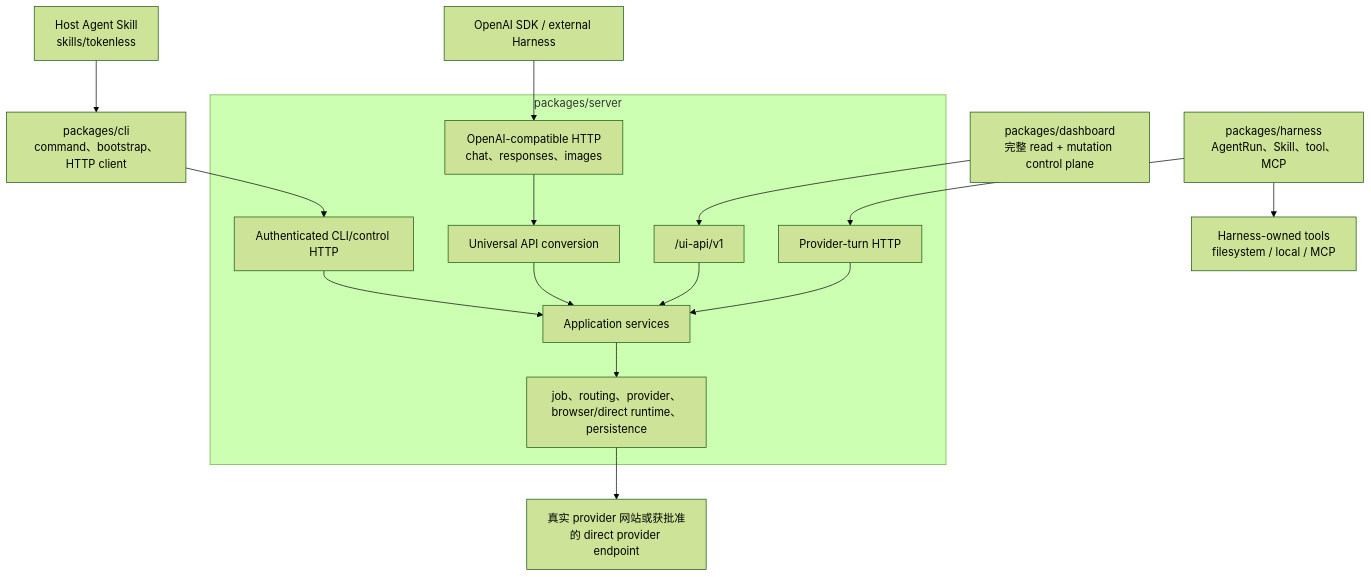
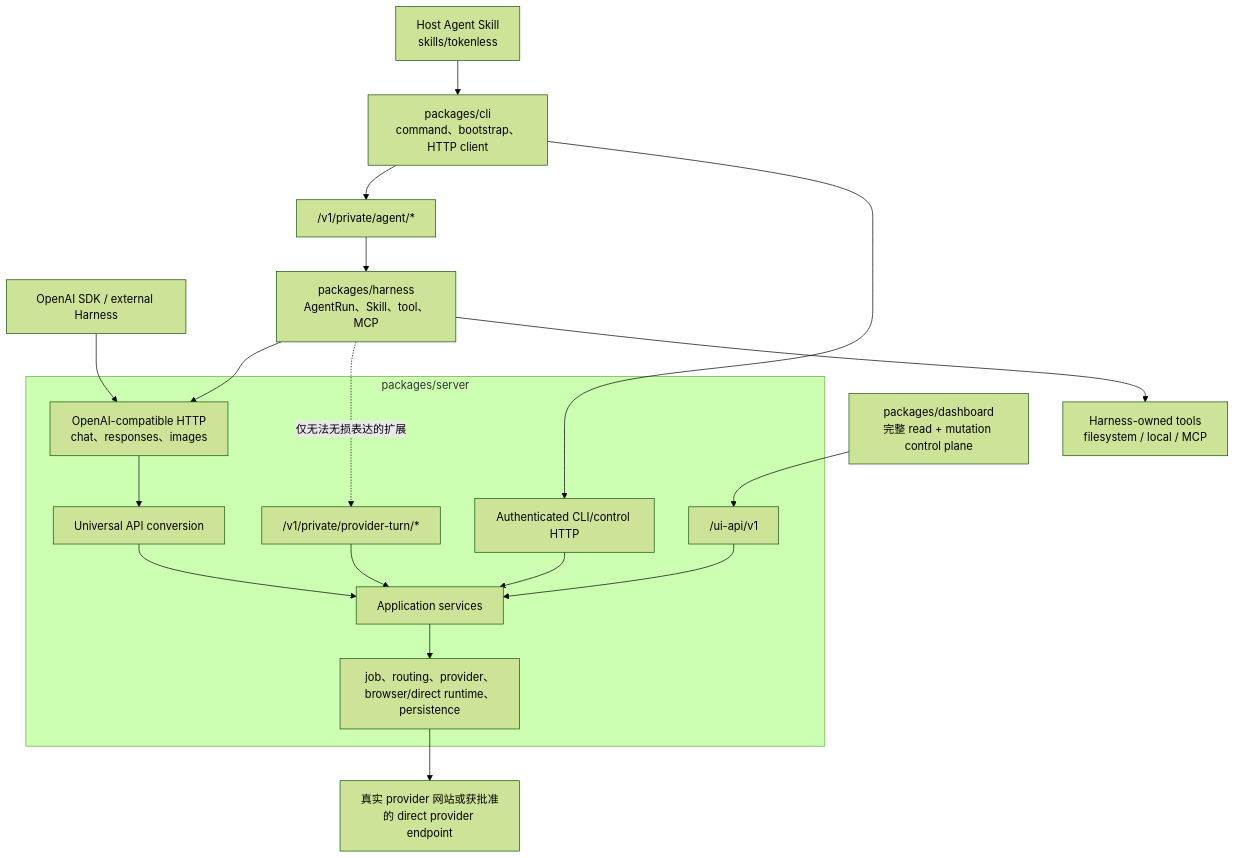
The diagram in docs/architecture.zh-CN.md (jazelly/tokenless), drawn with Mermaid (forest theme) before and after one commit. The commit also changed other lines of this file and 79 other files, not shown here.

Commit message:
refactor(api): namespace private contracts and routes

````diff
--- a/docs/architecture.zh-CN.md
+++ b/docs/architecture.zh-CN.md
@@ -9,23 +9,26 @@
 ```mermaid
 flowchart TB
   Skill["Host Agent Skill<br/>skills/tokenless"] --> CLI
-  CLI["packages/cli<br/>command、bootstrap、HTTP client"] --> Control["Authenticated CLI/control HTTP"]
+  CLI["packages/cli<br/>command、bootstrap、HTTP client"] --> AgentAPI["/v1/private/agent/*"]
+  CLI --> Control["Authenticated CLI/control HTTP"]
   Dashboard["packages/dashboard<br/>完整 read + mutation control plane"] --> UIAPI["/ui-api/v1"]
   External["OpenAI SDK / external Harness"] --> API["OpenAI-compatible HTTP<br/>chat、responses、images"]
-  Harness["packages/harness<br/>AgentRun、Skill、tool、MCP"] --> Turn["Provider-turn HTTP"]
+  AgentAPI --> Harness["packages/harness<br/>AgentRun、Skill、tool、MCP"]
+  Harness --> API
+  Harness -. "仅无法无损表达的扩展" .-> PrivateTurn["/v1/private/provider-turn/*"]
 
   subgraph Server["packages/server"]
     Control --> Application["Application services"]
     UIAPI --> Application
     API --> Universal["Universal API conversion"]
-    Turn --> Application
+    PrivateTurn --> Application
     Universal --> Application
     Application --> Provider["job、routing、provider、browser/direct runtime、persistence"]
   end
 
   Browser["真实 provider 网站或获批准的 direct provider endpoint"]
   Tools["Harness-owned tools<br/>filesystem / local / MCP"]
 
   Harness --> Tools
   Provider --> Browser
 ```
````
